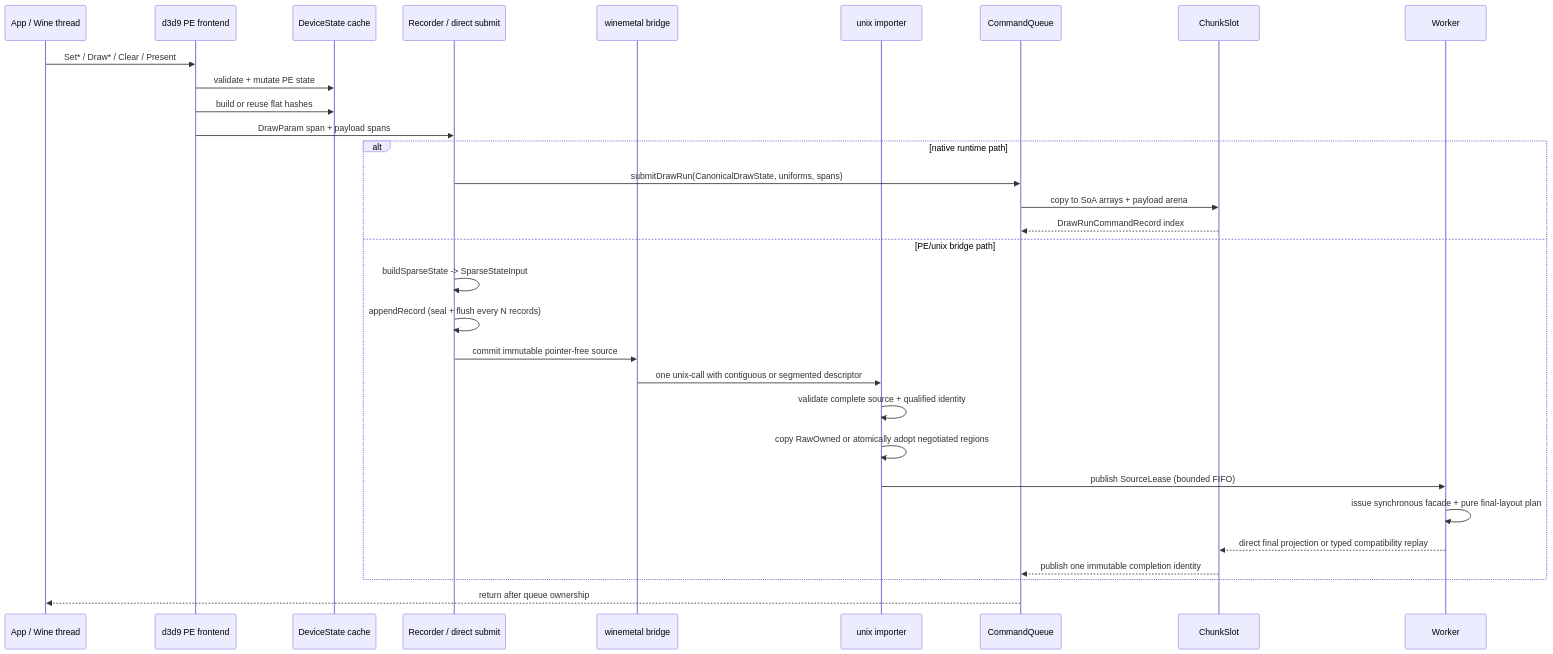
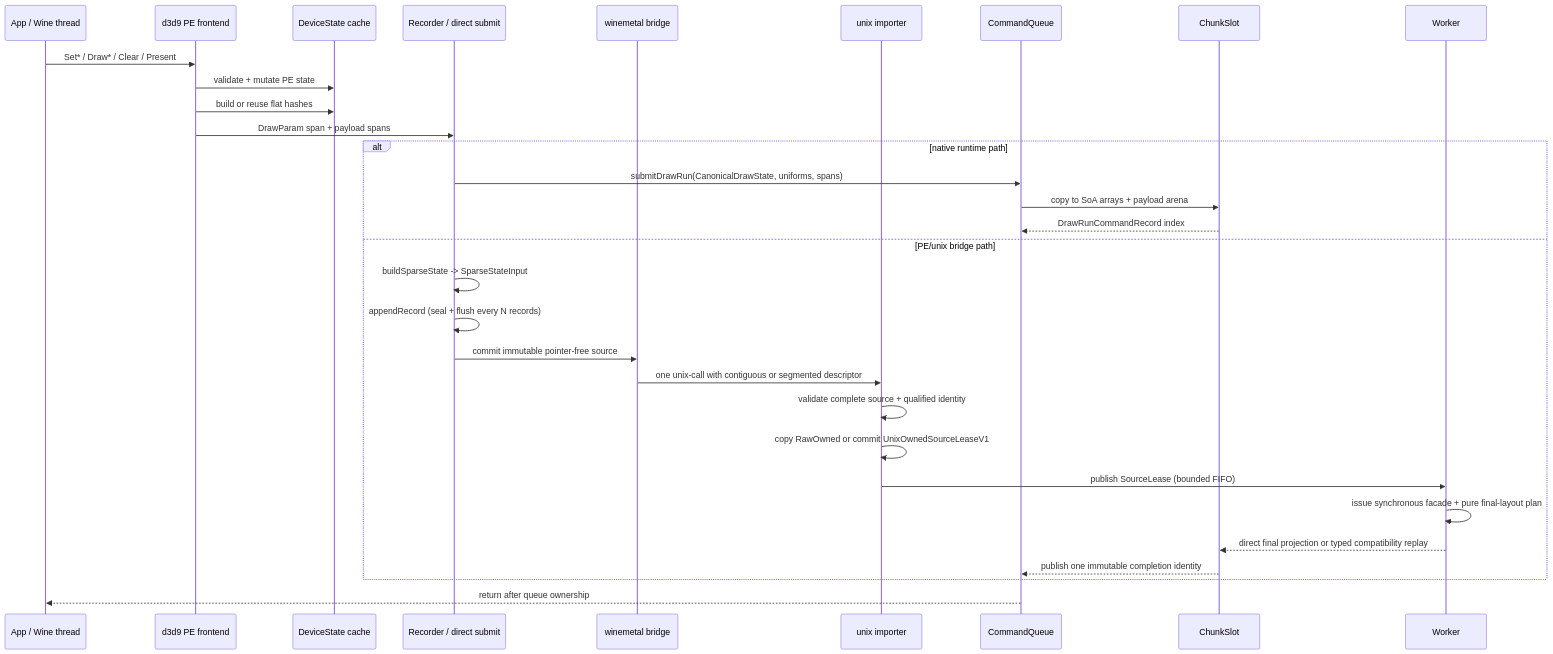
One commit to dfdgsdfg/dxmt9 changed the seventh of 16 diagrams in specs/archicture/spec.md. Above: the diagram before and after it, drawn with Mermaid. The commit also changed other lines of this file and 2 other files, not shown here.

Commit message:
docs: specify unix-owned source leases

````diff
--- a/specs/archicture/spec.md
+++ b/specs/archicture/spec.md
@@ -557,33 +631,33 @@
 ```mermaid
 sequenceDiagram
     participant App as App / Wine thread
     participant D9 as d3d9 PE frontend
     participant State as DeviceState cache
     participant Rec as Recorder / direct submit
     participant Bridge as winemetal bridge
     participant Import as unix importer
     participant CQ as CommandQueue
     participant Slot as ChunkSlot
 
     App->>D9: Set* / Draw* / Clear / Present
     D9->>State: validate + mutate PE state
     D9->>State: build or reuse flat hashes
     D9->>Rec: DrawParam span + payload spans
     alt native runtime path
         Rec->>CQ: submitDrawRun(CanonicalDrawState, uniforms, spans)
         CQ->>Slot: copy to SoA arrays + payload arena
         Slot-->>CQ: DrawRunCommandRecord index
     else PE/unix bridge path
         Rec->>Rec: buildSparseState -> SparseStateInput
         Rec->>Rec: appendRecord (seal + flush every N records)
         Rec->>Bridge: commit immutable pointer-free source
         Bridge->>Import: one unix-call with contiguous or segmented descriptor
         Import->>Import: validate complete source + qualified identity
-        Import->>Import: copy RawOwned or atomically adopt negotiated regions
+        Import->>Import: copy RawOwned or commit UnixOwnedSourceLeaseV1
         Import->>Worker: publish SourceLease (bounded FIFO)
         Worker->>Worker: issue synchronous facade + pure final-layout plan
         Worker-->>Slot: direct final projection or typed compatibility replay
         Slot-->>CQ: publish one immutable completion identity
     end
     CQ-->>App: return after queue ownership
 ```
````
